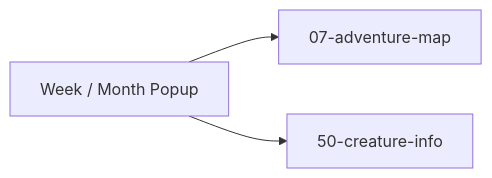
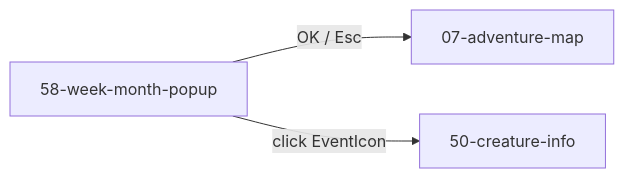
Before and after one commit to SunaNoOshiro/Heroes_Reforged_AI_Realms: the fifth of 5 diagrams in docs/architecture/wiki/screens/58-week-month-popup/architecture.md, drawn with Mermaid. The commit also changed other lines of this file and 518 other files, not shown here.

First line of the commit message:
Add doc-audit skill and sweep architecture/screen docs

````diff
--- a/docs/architecture/wiki/screens/58-week-month-popup/architecture.md
+++ b/docs/architecture/wiki/screens/58-week-month-popup/architecture.md
@@ -66,6 +74,6 @@
 ```mermaid
 flowchart LR
-  Current["Week / Month Popup"]
-  Current --> T0["07-adventure-map"]
-  Current --> T1["50-creature-info"]
+  Current["58-week-month-popup"]
+  Current -->|OK / Esc| T0["07-adventure-map"]
+  Current -->|click EventIcon| T1["50-creature-info"]
 ```
````
